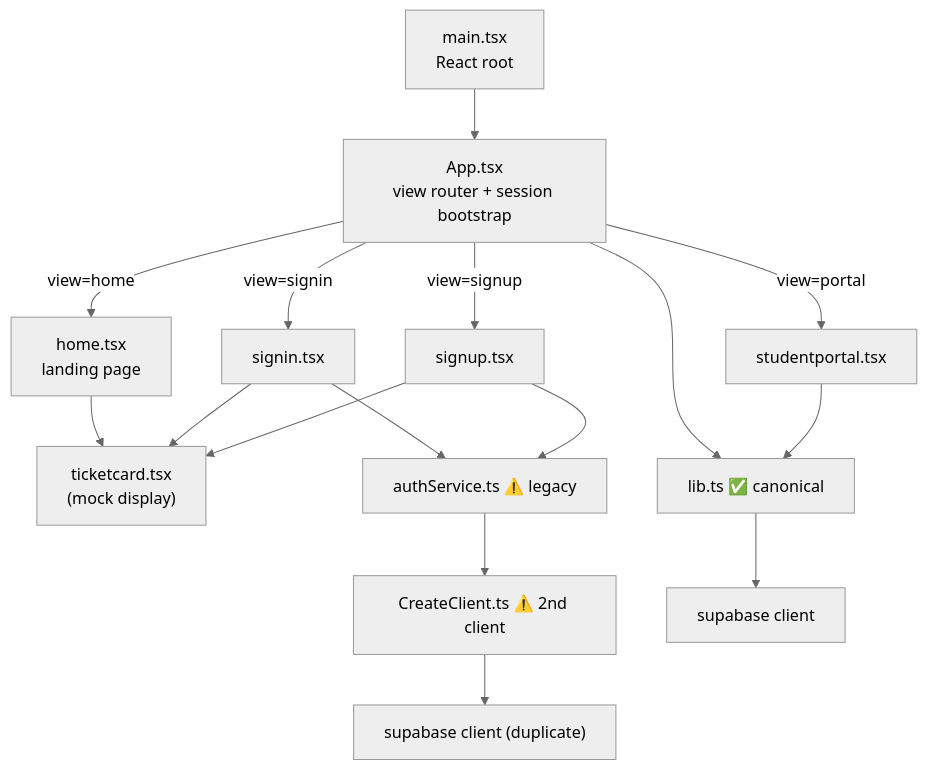
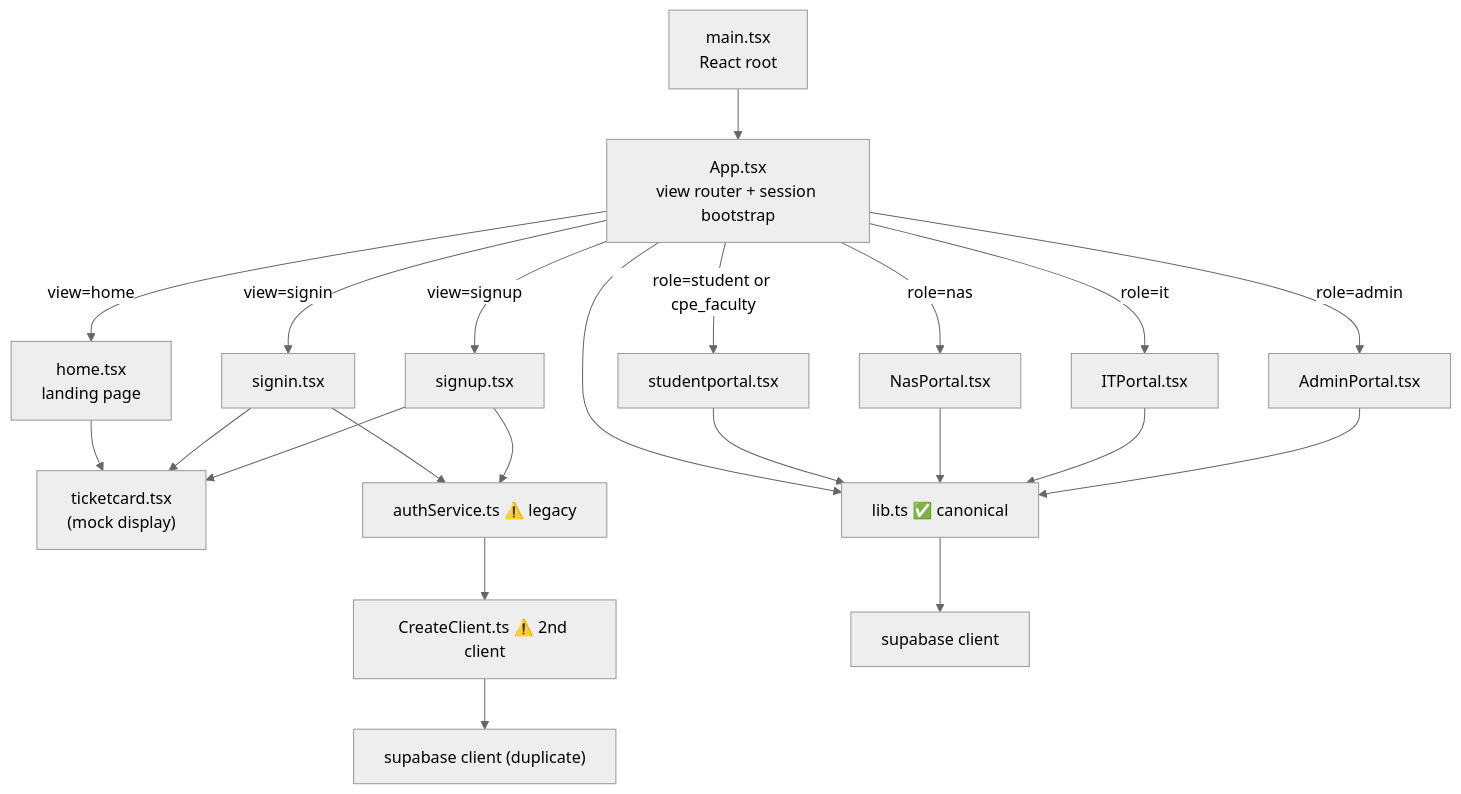
Before and after one commit to SeanixReal/Jobelonese: the third of 5 diagrams in docs/ARCHITECTURE.md, drawn with Mermaid (neutral theme). The commit also changed other lines of this file and 5 other files, not shown here.

Commit message:
Add use case diagram and sync documentation

````diff
--- a/docs/ARCHITECTURE.md
+++ b/docs/ARCHITECTURE.md
@@ -35,21 +137,27 @@
 ```mermaid
 flowchart TD
     main["main.tsx<br/>React root"] --> App["App.tsx<br/>view router + session bootstrap"]
     App -->|view=home| Home["home.tsx<br/>landing page"]
     App -->|view=signin| SignIn["signin.tsx"]
     App -->|view=signup| SignUp["signup.tsx"]
-    App -->|view=portal| Portal["studentportal.tsx"]
+    App -->|role=student or cpe_faculty| StudentPortal["studentportal.tsx"]
+    App -->|role=nas| NasPortal["NasPortal.tsx"]
+    App -->|role=it| ITPortal["ITPortal.tsx"]
+    App -->|role=admin| AdminPortal["AdminPortal.tsx"]
 
     Home --> TicketCard["ticketcard.tsx<br/>(mock display)"]
     SignIn --> TicketCard
     SignUp --> TicketCard
 
     SignIn --> AuthSvc["authService.ts ⚠️ legacy"]
     SignUp --> AuthSvc
     App --> Lib["lib.ts ✅ canonical"]
-    Portal --> Lib
+    StudentPortal --> Lib
+    NasPortal --> Lib
+    ITPortal --> Lib
+    AdminPortal --> Lib
 
     AuthSvc --> CreateClient["CreateClient.ts ⚠️ 2nd client"]
     Lib --> SupaClient["supabase client"]
     CreateClient --> SupaClient2["supabase client (duplicate)"]
 ```
````
